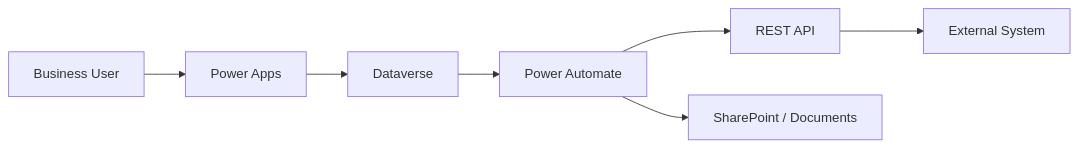
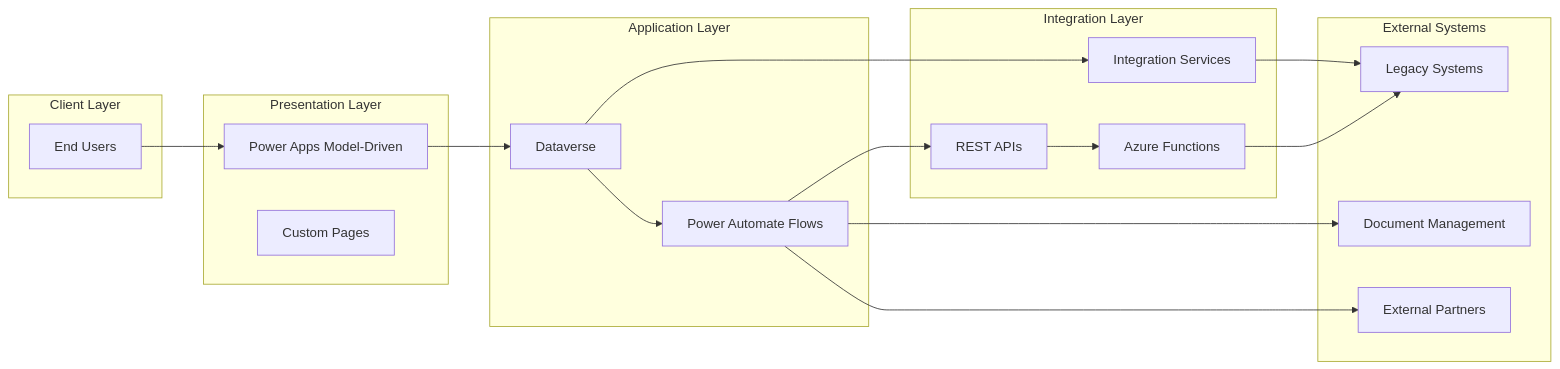
Before and after one commit to rzamperlini/rodrigo-mdbook-portfolio: the diagram in src/integration-architecture.md, drawn with Mermaid. The commit also changed 1 other file, not shown here.

Commit message:
Updating diagrams

````diff
--- a/src/integration-architecture.md
+++ b/src/integration-architecture.md
@@ -31,9 +31,40 @@
 ```mermaid
 flowchart LR
-    U[Business User] --> A[Power Apps]
-    A --> D[Dataverse]
-    D --> F[Power Automate]
-    F --> API[REST API]
-    API --> E[External System]
-    F --> S[SharePoint / Documents]
+    subgraph Client Layer
+        U[End Users]
+    end
+
+    subgraph Presentation Layer
+        PA[Power Apps Model-Driven]
+        CP[Custom Pages]
+    end
+
+    subgraph Application Layer
+        DV[Dataverse]
+        PF[Power Automate Flows]
+    end
+
+    subgraph Integration Layer
+        API[REST APIs]
+        AZ[Azure Functions]
+        BUS[Integration Services]
+    end
+
+    subgraph External Systems
+        LEG[Legacy Systems]
+        DOC[Document Management]
+        EXT[External Partners]
+    end
+
+    U --> PA
+    PA --> DV
+    DV --> PF
+    PF --> API
+    API --> AZ
+    AZ --> LEG
+    PF --> DOC
+    PF --> EXT
+
+    DV --> BUS
+    BUS --> LEG
 ```
````
